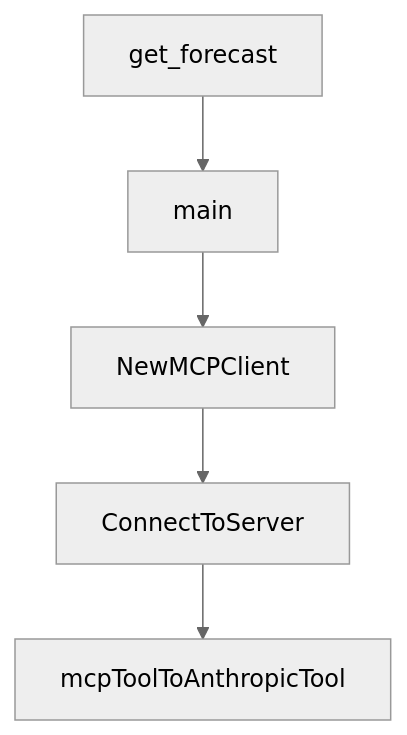
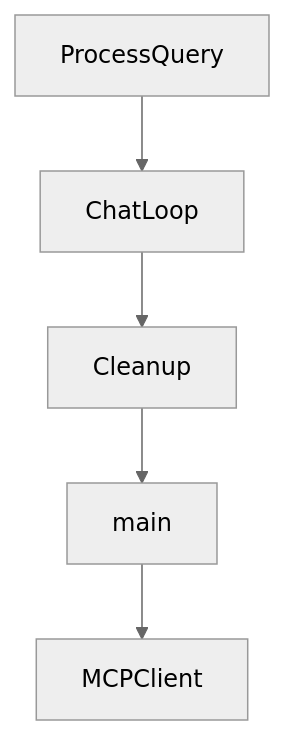
The diagram in tutorials/mcp-quickstart-resources-tutorial/02-weather-server-patterns-across-languages.md (johnxie/awesome-code-docs), drawn with Mermaid (neutral theme) before and after one commit. The commit also changed other lines of this file and 1232 other files, not shown here.

````diff
--- a/tutorials/mcp-quickstart-resources-tutorial/02-weather-server-patterns-across-languages.md
+++ b/tutorials/mcp-quickstart-resources-tutorial/02-weather-server-patterns-across-languages.md
@@ -192,12 +210,12 @@
 ```mermaid
 flowchart TD
-    A[get_forecast]
-    B[main]
-    C[NewMCPClient]
-    D[ConnectToServer]
-    E[mcpToolToAnthropicTool]
+    A[ProcessQuery]
+    B[ChatLoop]
+    C[Cleanup]
+    D[main]
+    E[MCPClient]
     A --> B
     B --> C
     C --> D
     D --> E
 ```
````
